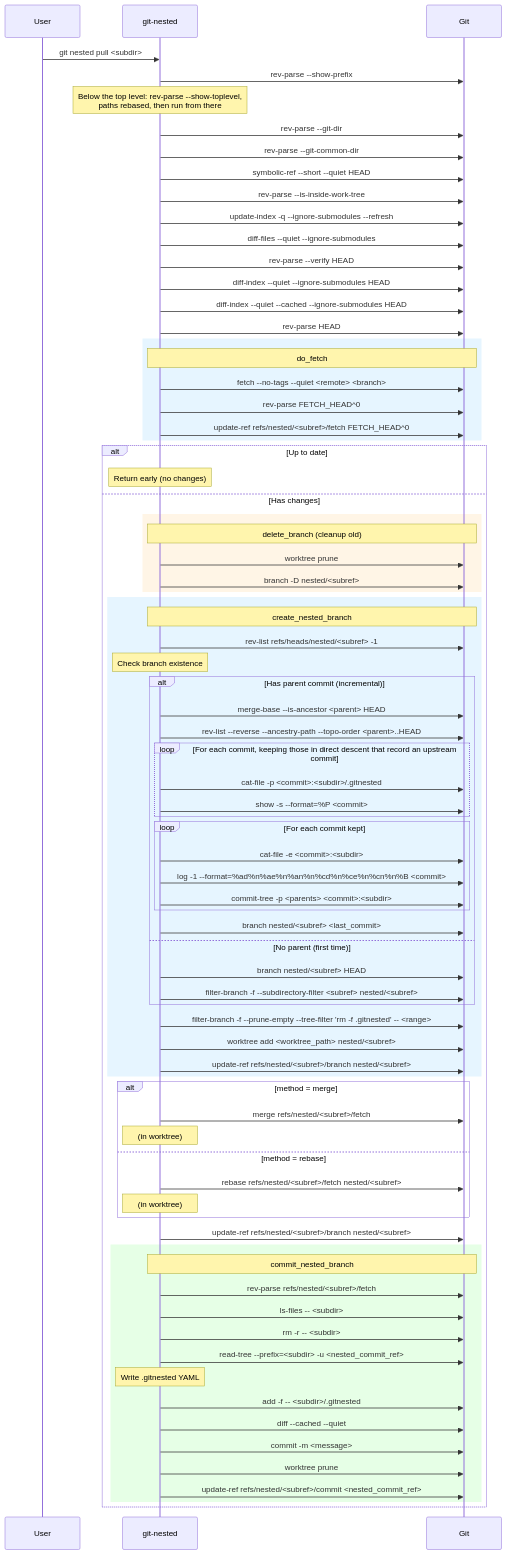
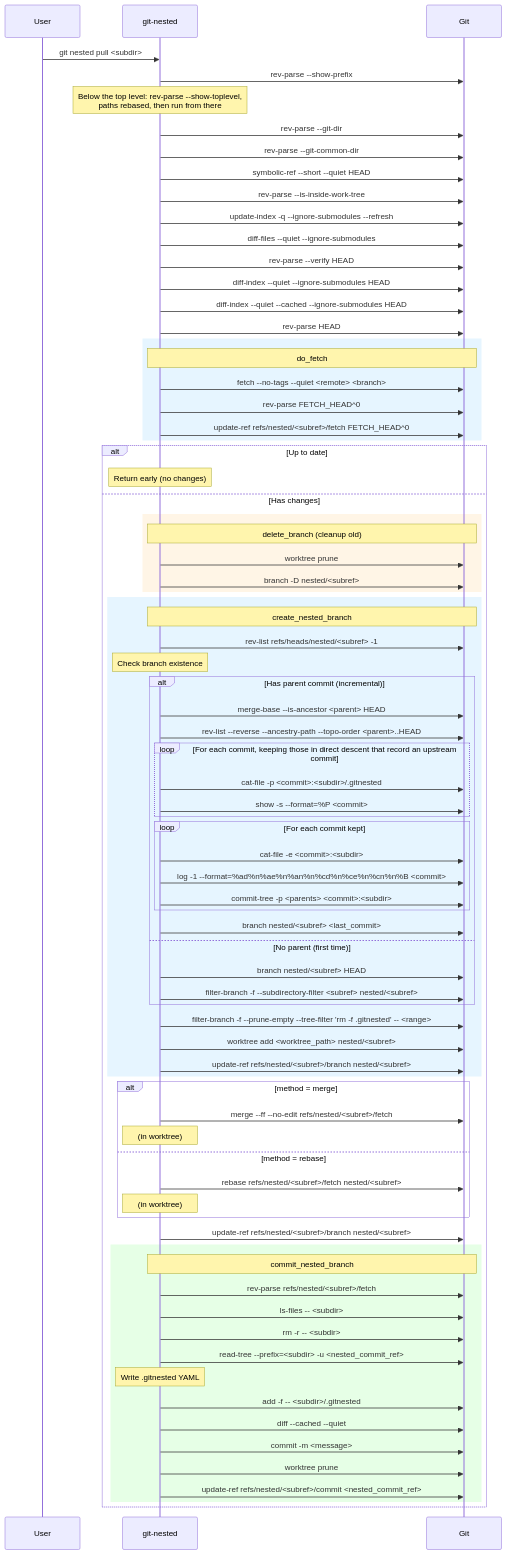
The fourth of 14 diagrams in docs/diagrams.md (thorsten-klein/git-nested), drawn with Mermaid before and after one commit. The commit also changed 2 other files, not shown here.

Commit message:
fix: `pull`: ignore the user's `merge.ff` setting (#114)
`pull` ran `git merge` with the user's config.

- `merge.ff=false`: a merge commit was made. `push` then sent it
upstream.
- `merge.ff=only`: a pull that joins both sides failed.

Now `pull` runs `git merge --ff --no-edit`.

Fixes #60

🤖 Generated with [Claude Code](https://claude.com/claude-code)

```diff
--- a/docs/diagrams.md
+++ b/docs/diagrams.md
@@ -195,7 +195,7 @@
         end
 
         alt method = merge
-            git-nested->>Git: merge refs/nested/<subref>/fetch
+            git-nested->>Git: merge --ff --no-edit refs/nested/<subref>/fetch
             Note over git-nested: (in worktree)
         else method = rebase
             git-nested->>Git: rebase refs/nested/<subref>/fetch nested/<subref>
```
